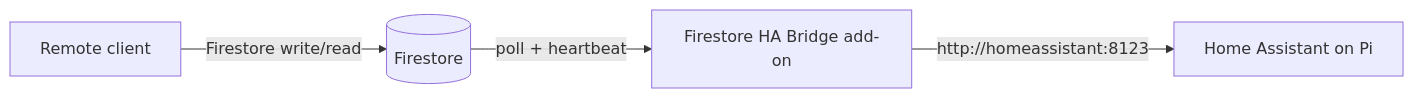
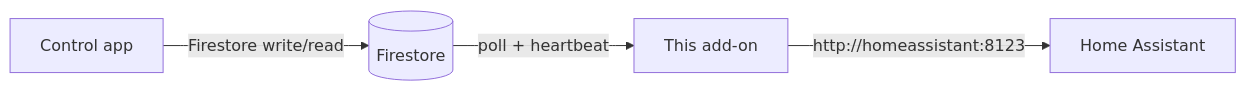
The first of 2 diagrams in README.md (mmorera-25/firestore-home-assistant-bridge), drawn with Mermaid before and after one commit. The commit also changed other lines of this file and 1 other file, not shown here.

````diff
--- a/README.md
+++ b/README.md
@@ -9,6 +222,6 @@
 ```mermaid
 flowchart LR
-  Client[Remote client] -->|"Firestore write/read"| FS[(Firestore)]
-  FS -->|"poll + heartbeat"| Bridge[Firestore HA Bridge add-on]
-  Bridge -->|"http://homeassistant:8123"| HA[Home Assistant on Pi]
+  Client[Control app] -->|"Firestore write/read"| FS[(Firestore)]
+  FS -->|"poll + heartbeat"| Bridge[This add-on]
+  Bridge -->|"http://homeassistant:8123"| HA[Home Assistant]
 ```
````
